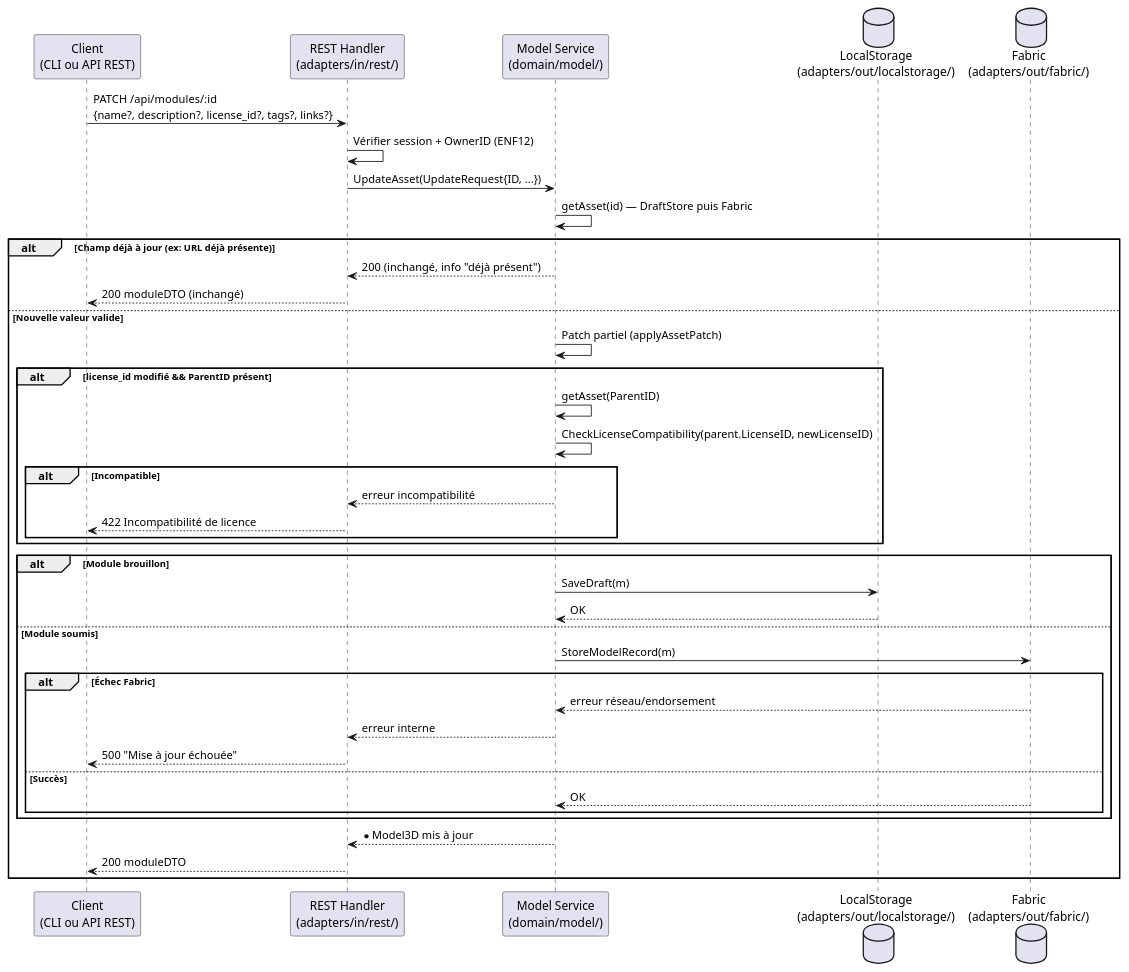
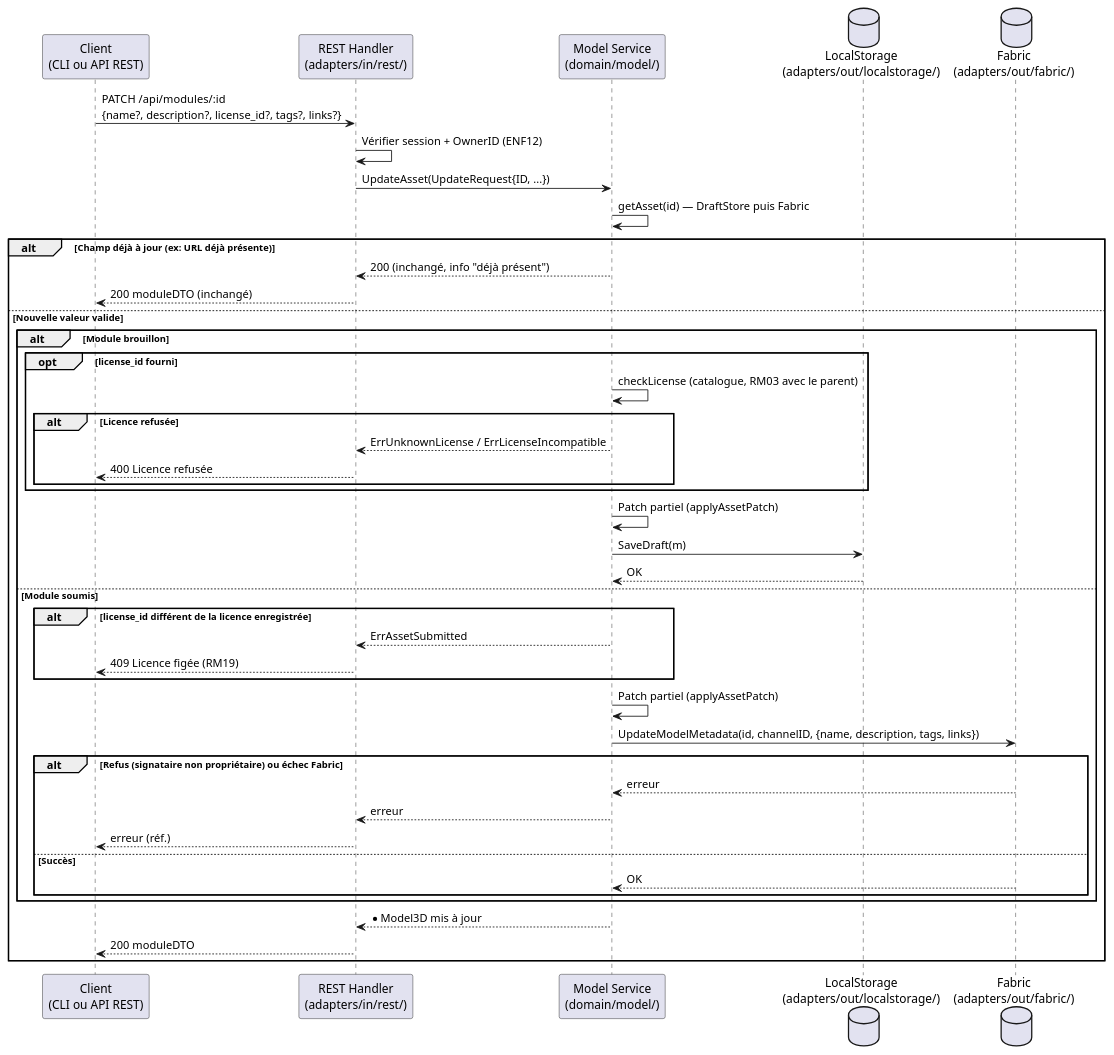
Before and after one commit to myr-forge/myr-core: the second of 2 diagrams in specs/2-Analyse/UCMOD-Module/UCMOD03.md, drawn with PlantUML. The commit also changed other lines of this file and 53 other files, not shown here.

First line of the commit message:
feat(model): freeze submitted assets, keep descriptive metadata editable (FT-012, R-04)

````diff
--- a/specs/2-Analyse/UCMOD-Module/UCMOD03.md
+++ b/specs/2-Analyse/UCMOD-Module/UCMOD03.md
@@ -193,47 +215,49 @@
 ```plantuml
 @startuml
 participant "Client\n(CLI ou API REST)" as Browser
 participant "REST Handler\n(adapters/in/rest/)" as REST
 participant "Model Service\n(domain/model/)" as Service
 database "LocalStorage\n(adapters/out/localstorage/)" as Local
 database "Fabric\n(adapters/out/fabric/)" as Fabric
 
 Browser -> REST : PATCH /api/modules/:id\n{name?, description?, license_id?, tags?, links?}
 REST -> REST : Vérifier session + OwnerID (ENF12)
 REST -> Service : UpdateAsset(UpdateRequest{ID, ...})
 Service -> Service : getAsset(id) — DraftStore puis Fabric
 
 alt Champ déjà à jour (ex: URL déjà présente)
     Service --> REST : 200 (inchangé, info "déjà présent")
     REST --> Browser : 200 moduleDTO (inchangé)
 else Nouvelle valeur valide
-    Service -> Service : Patch partiel (applyAssetPatch)
-
-    alt license_id modifié && ParentID présent
-        Service -> Service : getAsset(ParentID)
-        Service -> Service : CheckLicenseCompatibility(parent.LicenseID, newLicenseID)
-        alt Incompatible
-            Service --> REST : erreur incompatibilité
-            REST --> Browser : 422 Incompatibilité de licence
+    alt Module brouillon
+        opt license_id fourni
+            Service -> Service : checkLicense (catalogue, RM03 avec le parent)
+            alt Licence refusée
+                Service --> REST : ErrUnknownLicense / ErrLicenseIncompatible
+                REST --> Browser : 400 Licence refusée
+            end
         end
-    end
-
-    alt Module brouillon
+        Service -> Service : Patch partiel (applyAssetPatch)
         Service -> Local : SaveDraft(m)
         Local --> Service : OK
     else Module soumis
-        Service -> Fabric : StoreModelRecord(m)
-        alt Échec Fabric
-            Fabric --> Service : erreur réseau/endorsement
-            Service --> REST : erreur interne
-            REST --> Browser : 500 "Mise à jour échouée"
+        alt license_id différent de la licence enregistrée
+            Service --> REST : ErrAssetSubmitted
+            REST --> Browser : 409 Licence figée (RM19)
+        end
+        Service -> Service : Patch partiel (applyAssetPatch)
+        Service -> Fabric : UpdateModelMetadata(id, channelID, {name, description, tags, links})
+        alt Refus (signataire non propriétaire) ou échec Fabric
+            Fabric --> Service : erreur
+            Service --> REST : erreur
+            REST --> Browser : erreur (réf.)
         else Succès
             Fabric --> Service : OK
         end
     end
 
     Service --> REST : *Model3D mis à jour
     REST --> Browser : 200 moduleDTO
 end
 @enduml
 ```
````
